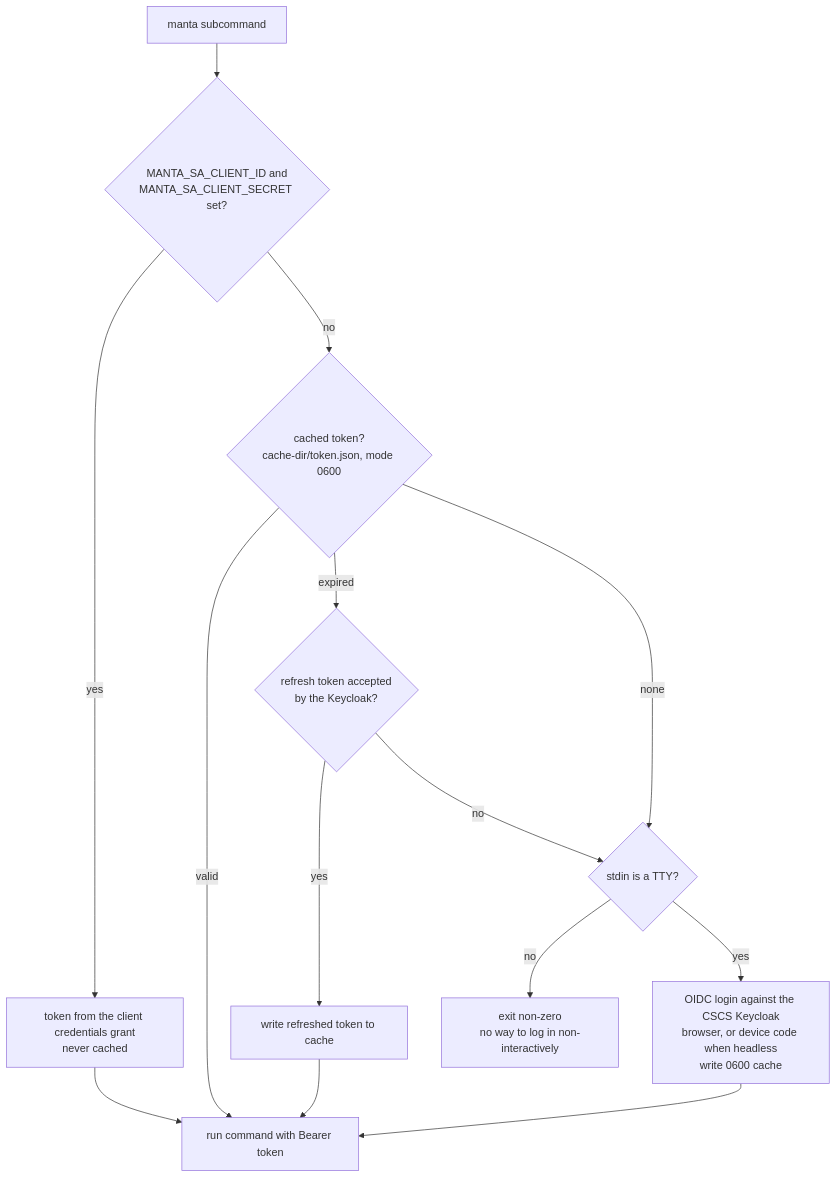
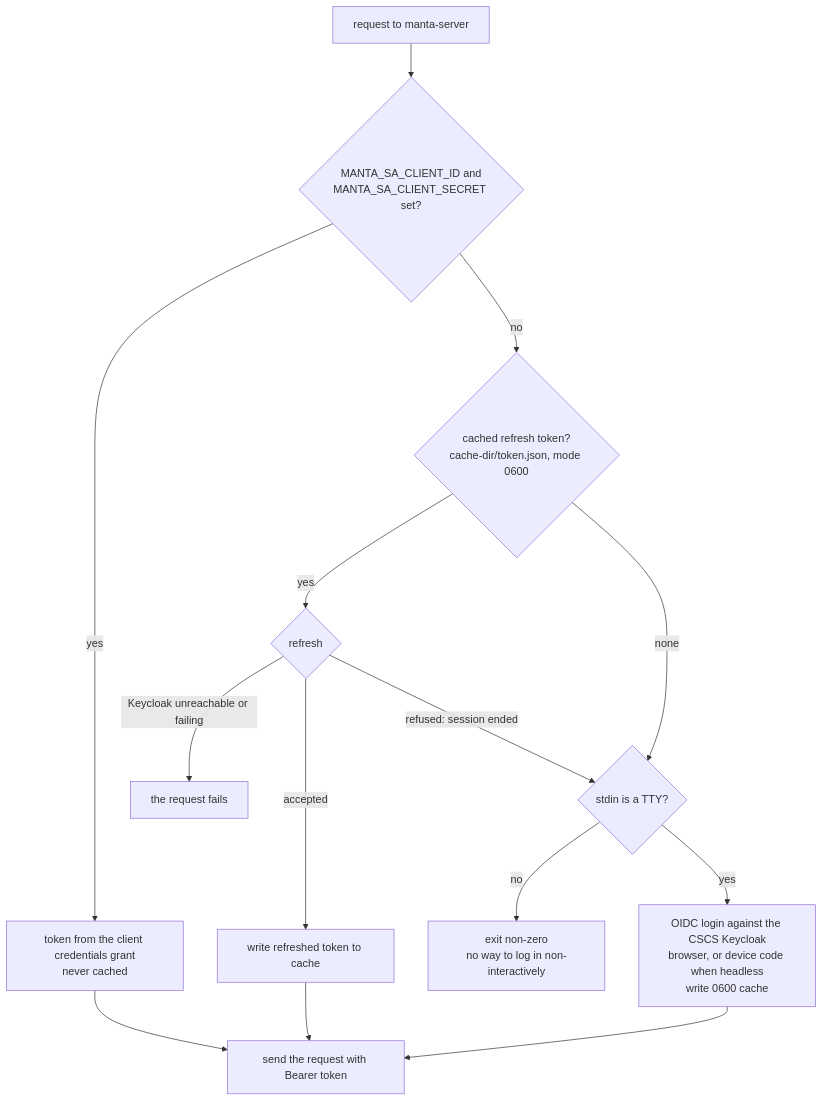
Before and after one commit to eth-cscs/manta: the fourth of 4 diagrams in GUIDE.md, drawn with Mermaid. The commit also changed other lines of this file and 18 other files, not shown here.

````diff
--- a/GUIDE.md
+++ b/GUIDE.md
@@ -766,14 +766,14 @@
 ```mermaid
 flowchart TD
-    Start[manta subcommand] --> Env{MANTA_SA_CLIENT_ID and<br/>MANTA_SA_CLIENT_SECRET set?}
-    Env -->|yes| SA[token from the client credentials grant<br/>never cached] --> Run[run command with Bearer token]
-    Env -->|no| Cache{cached token?<br/>cache-dir/token.json, mode 0600}
-    Cache -->|valid| Run
-    Cache -->|expired| Refresh{refresh token accepted<br/>by the Keycloak?}
-    Refresh -->|yes| Save[write refreshed token to cache] --> Run
-    Refresh -->|no| TTY
+    Start[request to manta-server] --> Env{MANTA_SA_CLIENT_ID and<br/>MANTA_SA_CLIENT_SECRET set?}
+    Env -->|yes| SA[token from the client credentials grant<br/>never cached] --> Run[send the request with Bearer token]
+    Env -->|no| Cache{cached refresh token?<br/>cache-dir/token.json, mode 0600}
+    Cache -->|yes| Refresh{refresh}
+    Refresh -->|accepted| Save[write refreshed token to cache] --> Run
+    Refresh -->|refused: session ended| TTY
+    Refresh -->|Keycloak unreachable or failing| Err[the request fails]
     Cache -->|none| TTY{stdin is a TTY?}
     TTY -->|no| Fail[exit non-zero<br/>no way to log in non-interactively]
     TTY -->|yes| Login[OIDC login against the CSCS Keycloak<br/>browser, or device code when headless<br/>write 0600 cache]
     Login --> Run
 ```
````
